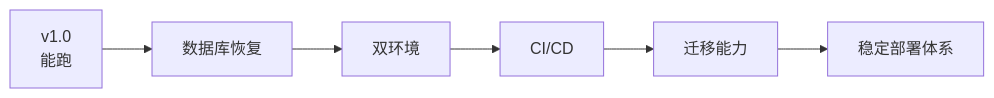
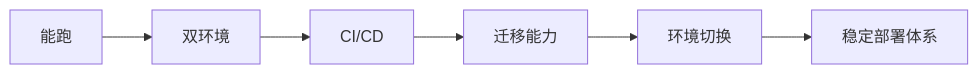
The sixth of 6 diagrams in docs/architecture-overview.md (N40134318/blog-system), drawn with Mermaid before and after one commit. The commit also changed other lines of this file and 3 other files, not shown here.

````diff
--- a/docs/architecture-overview.md
+++ b/docs/architecture-overview.md
@@ -269,8 +212,8 @@
-```mermaid
+``` mermaid
 flowchart LR
-    A[v1.0<br/>能跑] --> B[数据库恢复]
-    B --> C[双环境]
-    C --> D[CI/CD]
-    D --> E[迁移能力]
-    E --> F[稳定部署体系]
+A[能跑] --> B[双环境]
+B --> C[CI/CD]
+C --> D[迁移能力]
+D --> E[环境切换]
+E --> F[稳定部署体系]
 ```
````
